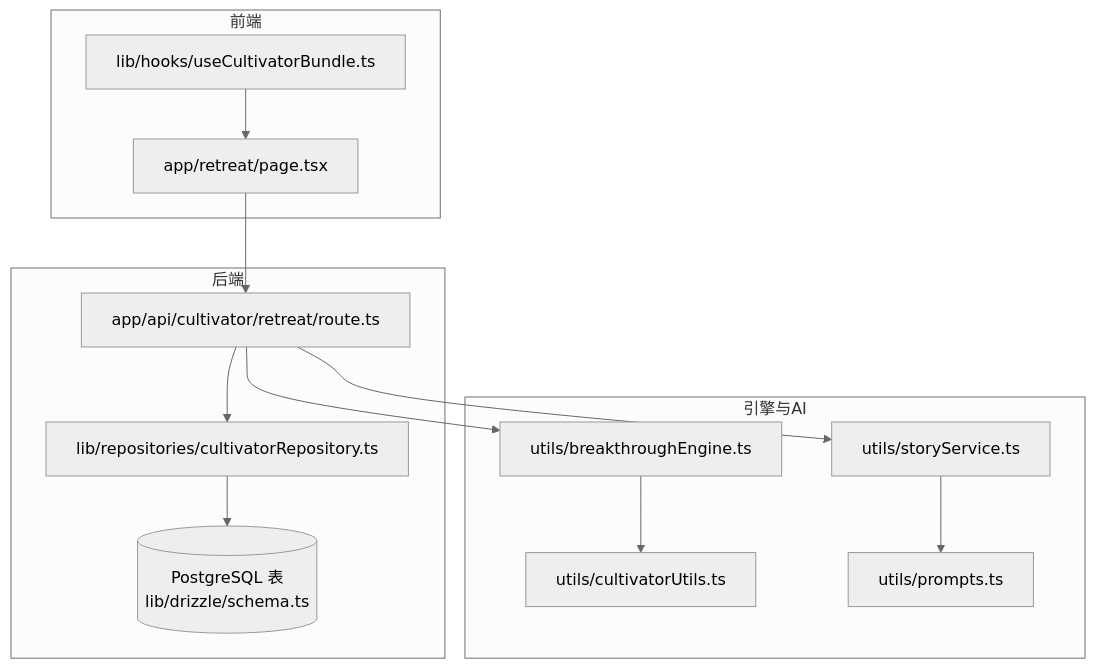
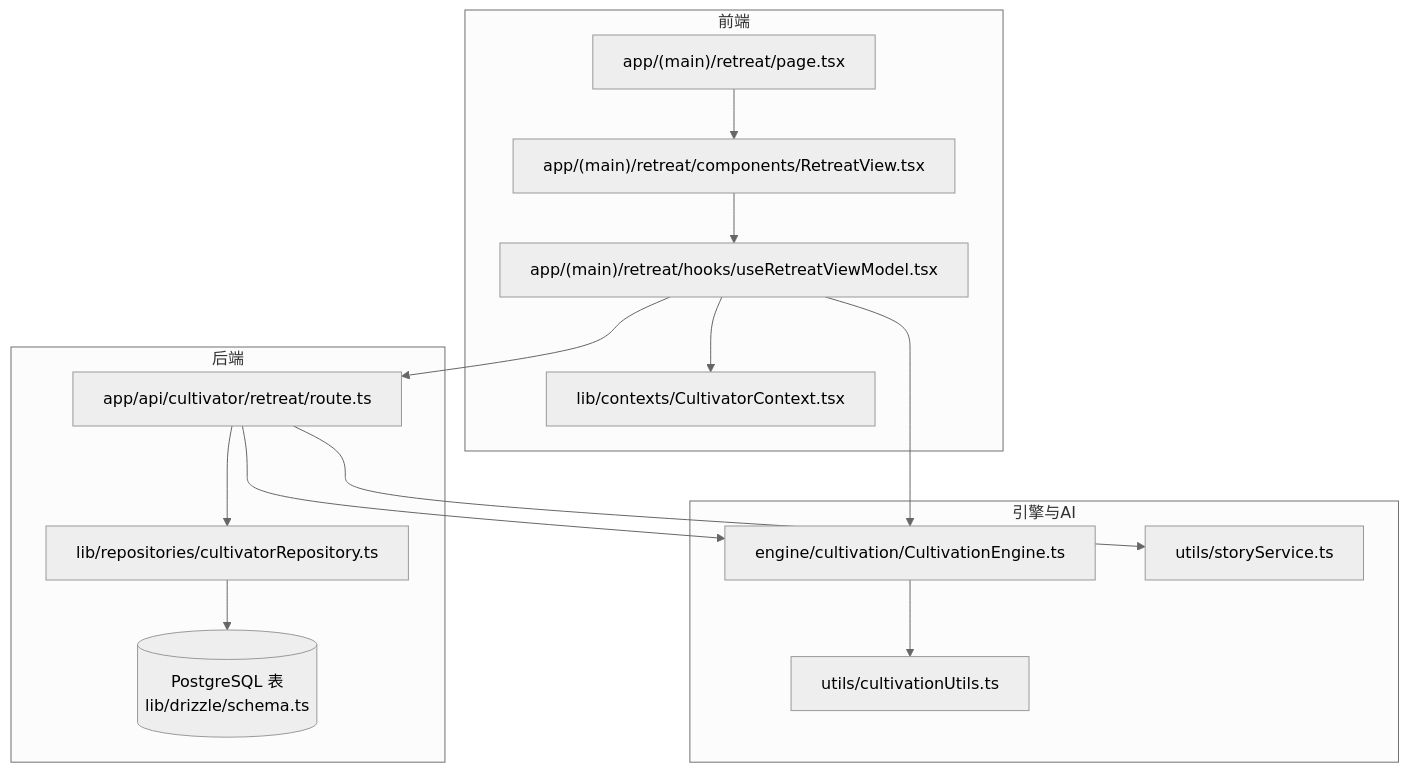
The first of 3 diagrams in .qoder/repowiki/zh/content/核心功能模块/闭关系统.md (ChurchTao/Daoyou), drawn with Mermaid (neutral theme) before and after one commit. The commit also changed other lines of this file and 14 other files, not shown here.

````diff
--- a/.qoder/repowiki/zh/content/核心功能模块/闭关系统.md
+++ b/.qoder/repowiki/zh/content/核心功能模块/闭关系统.md
@@ -49,26 +60,29 @@
 ```mermaid
 graph TB
 subgraph "前端"
-UI["app/retreat/page.tsx"]
-Hook["lib/hooks/useCultivatorBundle.ts"]
+UI["app/(main)/retreat/page.tsx"]
+View["app/(main)/retreat/components/RetreatView.tsx"]
+VM["app/(main)/retreat/hooks/useRetreatViewModel.tsx"]
+Context["lib/contexts/CultivatorContext.tsx"]
 end
 subgraph "后端"
 Route["app/api/cultivator/retreat/route.ts"]
 Repo["lib/repositories/cultivatorRepository.ts"]
 DB[("PostgreSQL 表<br/>lib/drizzle/schema.ts")]
 end
 subgraph "引擎与AI"
-Engine["utils/breakthroughEngine.ts"]
-Utils["utils/cultivatorUtils.ts"]
-Prompts["utils/prompts.ts"]
+Engine["engine/cultivation/CultivationEngine.ts"]
+Utils["utils/cultivationUtils.ts"]
 Story["utils/storyService.ts"]
 end
-UI --> Route
-Hook --> UI
+UI --> View
+View --> VM
+VM --> Context
+VM --> Engine
+VM --> Route
 Route --> Engine
 Route --> Repo
 Repo --> DB
 Engine --> Utils
 Route --> Story
-Story --> Prompts
 ```
````
